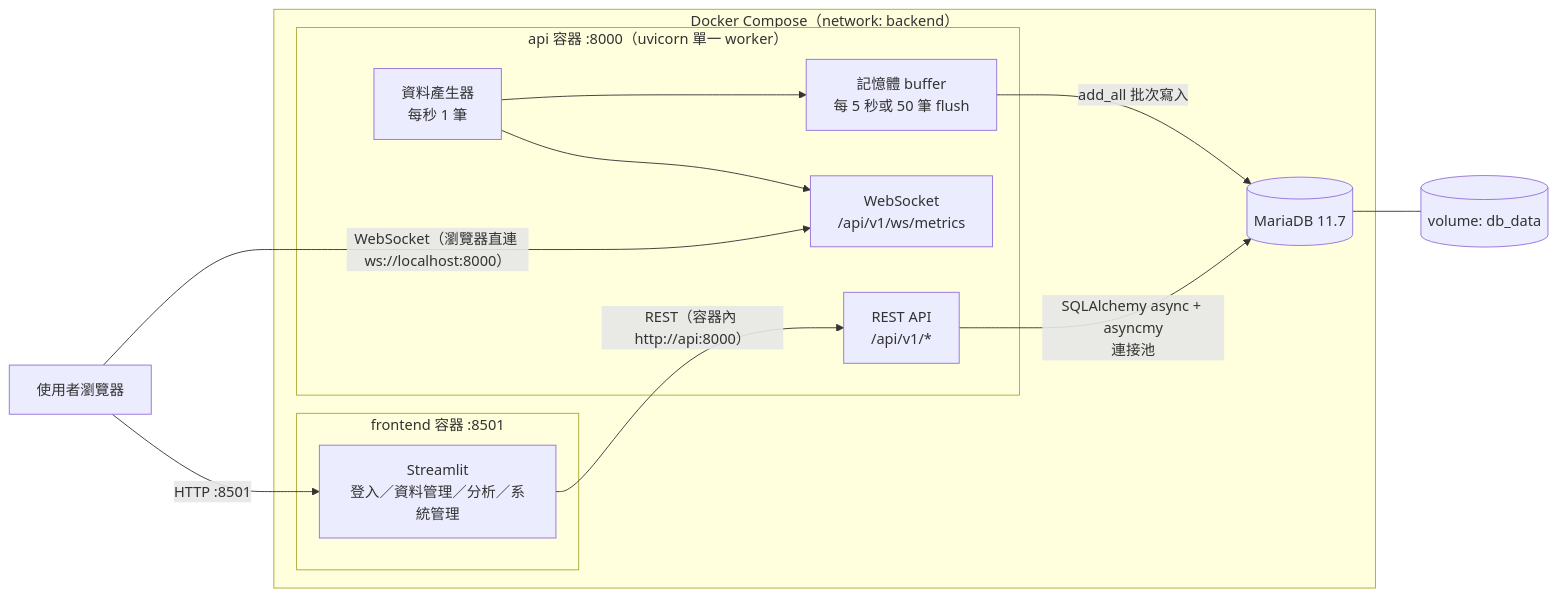
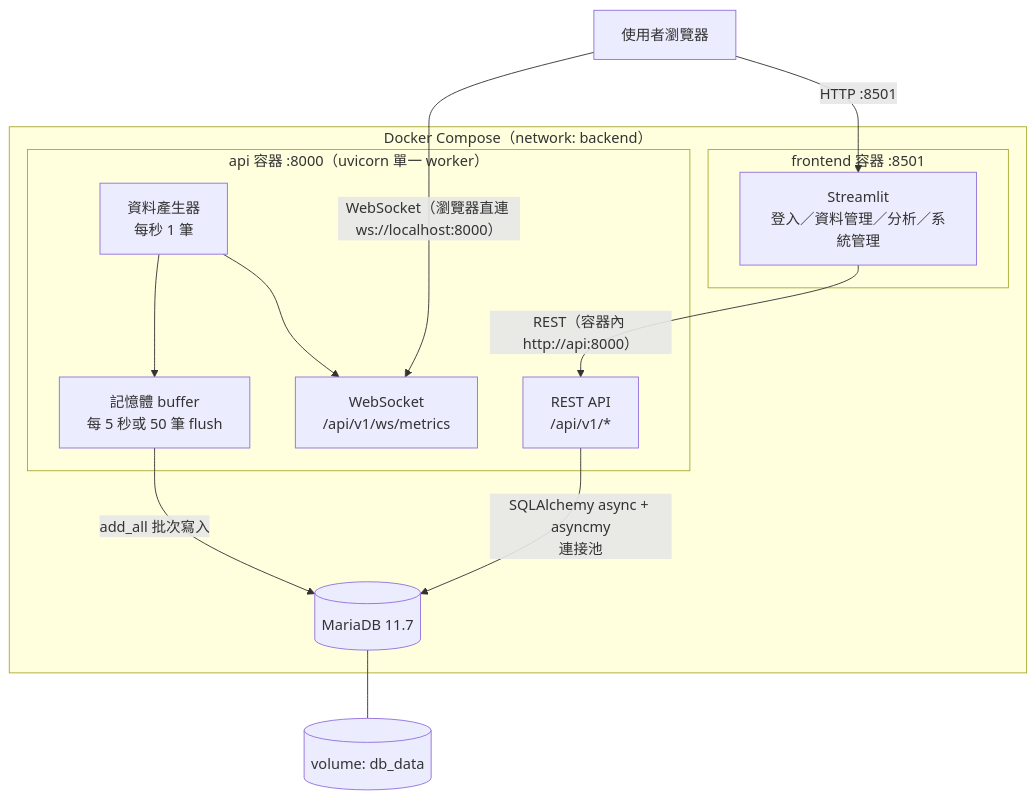
Before and after one commit to hungweiwu/realtime-monitoring-system: the first of 2 diagrams in README.md, drawn with Mermaid. The commit also changed other lines of this file and 6 other files, not shown here.

First line of the commit message:
docs: add architecture diagrams and align env example with settings

````diff
--- a/README.md
+++ b/README.md
@@ -79,27 +83,27 @@
 ```mermaid
-flowchart LR
+flowchart TB
     browser["使用者瀏覽器"]
 
     subgraph compose["Docker Compose（network: backend）"]
         subgraph fe["frontend 容器 :8501"]
             st["Streamlit<br/>登入／資料管理／分析／系統管理"]
         end
         subgraph api["api 容器 :8000（uvicorn 單一 worker）"]
             rest["REST API<br/>/api/v1/*"]
             ws["WebSocket<br/>/api/v1/ws/metrics"]
             gen["資料產生器<br/>每秒 1 筆"]
             buf["記憶體 buffer<br/>每 5 秒或 50 筆 flush"]
         end
         db[("MariaDB 11.7")]
     end
     vol[("volume: db_data")]
 
     browser -- "HTTP :8501" --> st
     st -- "REST（容器內 http://api:8000）" --> rest
     browser -- "WebSocket（瀏覽器直連 ws://localhost:8000）" --> ws
     gen --> ws
     gen --> buf
     buf -- "add_all 批次寫入" --> db
     rest -- "SQLAlchemy async + asyncmy<br/>連接池" --> db
     db --- vol
 ```
````
